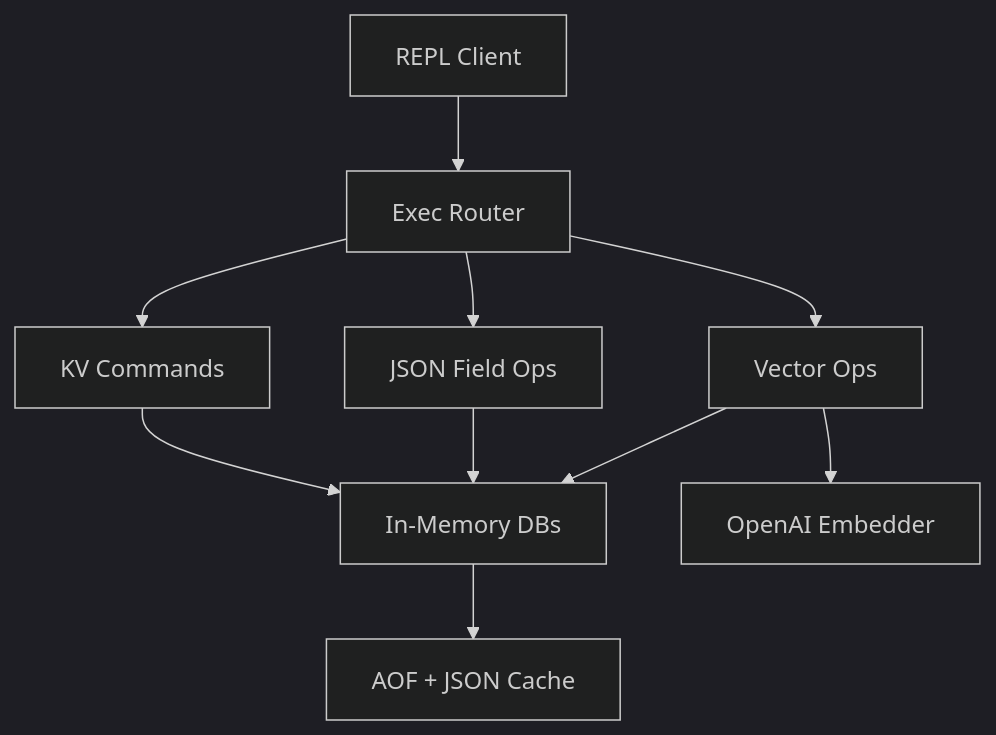
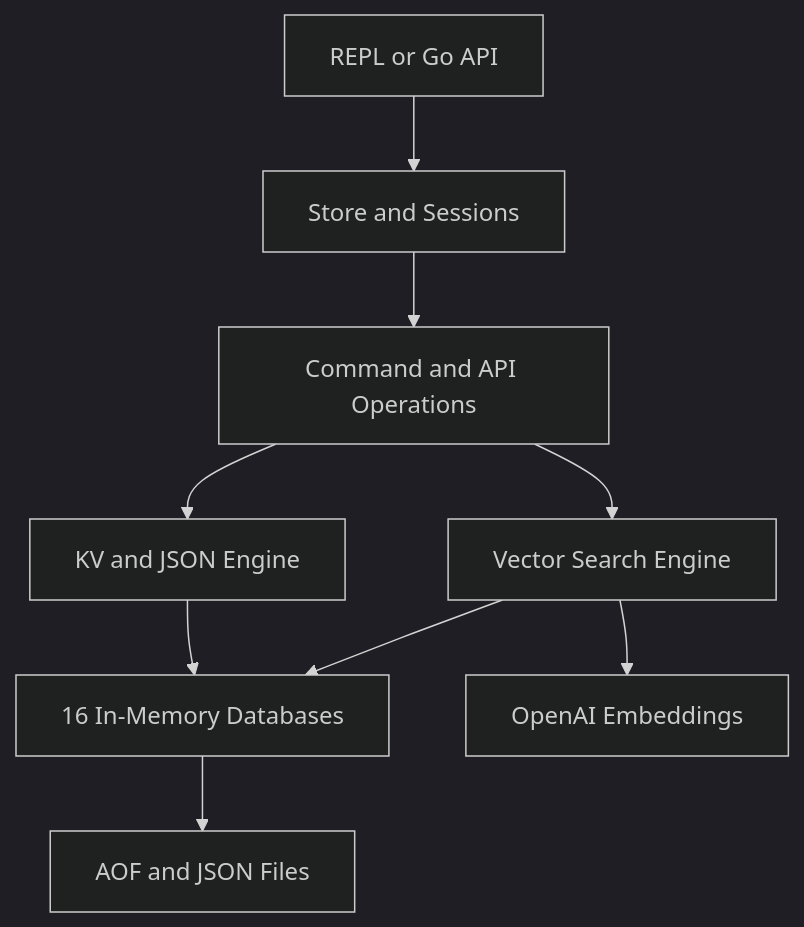
One commit to agenvoy/ToriiDB changed the diagram in README.md. Above: the diagram before and after it, drawn with Mermaid (dark theme). The commit also changed other lines of this file and 51 other files, not shown here.

````diff
--- a/README.md
+++ b/README.md
@@ -42,12 +42,11 @@
 ```mermaid
 graph TB
-    A[REPL Client] --> B[Exec Router]
-    B --> C[KV Commands]
-    B --> D[JSON Field Ops]
-    B --> E[Vector Ops]
-    C --> F[In-Memory DBs]
-    D --> F
+    A[REPL or Go API] --> B[Store and Sessions]
+    B --> C[Command and API Operations]
+    C --> D[KV and JSON Engine]
+    C --> E[Vector Search Engine]
+    D --> F[16 In-Memory Databases]
     E --> F
-    F --> G[AOF + JSON Cache]
-    E --> H[OpenAI Embedder]
+    F --> G[AOF and JSON Files]
+    E --> H[OpenAI Embeddings]
 ```
````
